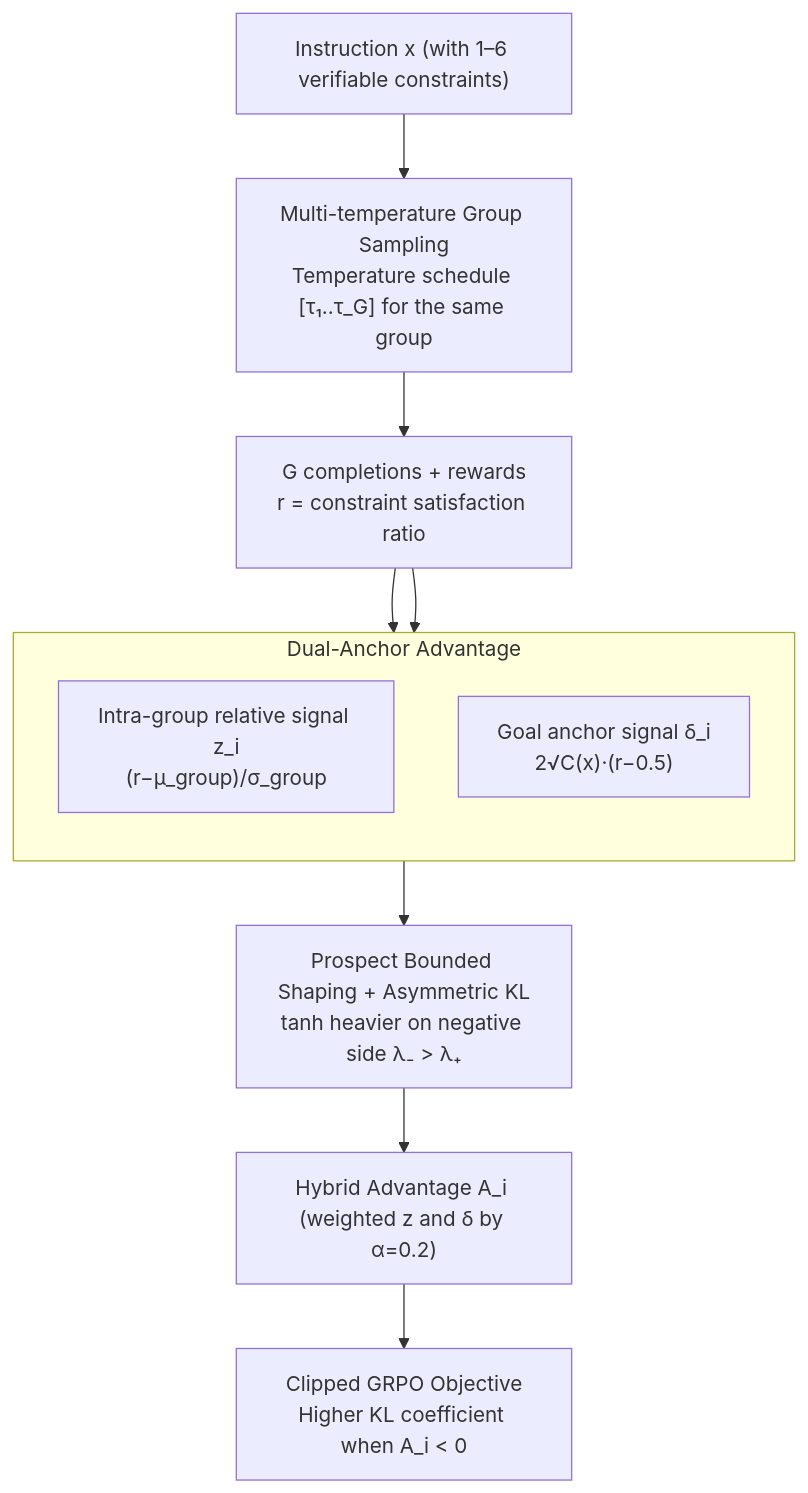
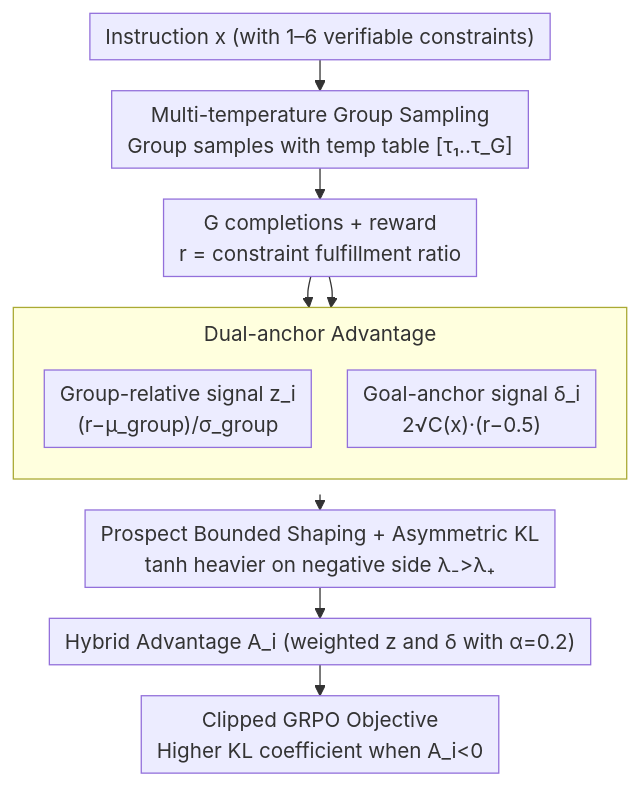
Before and after one commit to zhaoyang97/Paper-Notes-en: the diagram in docs/ACL2026/llm_alignment/mdp-grpo_stabilized_group_relative_policy_optimization_for_multi-constraint_inst.md, drawn with Mermaid. The commit also changed other lines of this file and 5084 other files, not shown here.

````diff
--- a/docs/ACL2026/llm_alignment/mdp-grpo_stabilized_group_relative_policy_optimization_for_multi-constraint_inst.md
+++ b/docs/ACL2026/llm_alignment/mdp-grpo_stabilized_group_relative_policy_optimization_for_multi-constraint_inst.md
@@ -45,15 +45,16 @@
 ```mermaid
-graph TD
-    X["Instruction x (with 1–6 verifiable constraints)"] --> MT["Multi-temperature Group Sampling<br/>Temperature schedule [τ₁..τ_G] for the same group"]
-    MT --> R["G completions + rewards<br/>r = constraint satisfaction ratio"]
-    subgraph DA["Dual-Anchor Advantage"]
+%%{init: {'flowchart': {'rankSpacing': 24, 'nodeSpacing': 28, 'padding': 6, 'wrappingWidth': 400, 'subGraphTitleMargin': {'top': 8, 'bottom': 16}}}}%%
+flowchart TD
+    X["Instruction x (with 1–6 verifiable constraints)"] --> MT["Multi-temperature Group Sampling<br/>Group samples with temp table [τ₁..τ_G]"]
+    MT --> R["G completions + reward<br/>r = constraint fulfillment ratio"]
+    subgraph DA["Dual-anchor Advantage"]
         direction TB
-        Z["Intra-group relative signal z_i<br/>(r−μ_group)/σ_group"]
-        D["Goal anchor signal δ_i<br/>2√C(x)·(r−0.5)"]
+        Z["Group-relative signal z_i<br/>(r−μ_group)/σ_group"]
+        D["Goal-anchor signal δ_i<br/>2√C(x)·(r−0.5)"]
     end
     R --> Z
     R --> D
-    DA --> PT["Prospect Bounded Shaping + Asymmetric KL<br/>tanh heavier on negative side λ₋ > λ₊"]
-    PT --> A["Hybrid Advantage A_i (weighted z and δ by α=0.2)"]
-    A --> OBJ["Clipped GRPO Objective<br/>Higher KL coefficient when A_i < 0"]
+    DA --> PT["Prospect Bounded Shaping + Asymmetric KL<br/>tanh heavier on negative side λ₋>λ₊"]
+    PT --> A["Hybrid Advantage A_i (weighted z and δ with α=0.2)"]
+    A --> OBJ["Clipped GRPO Objective<br/>Higher KL coefficient when A_i<0"]
 ```
````
